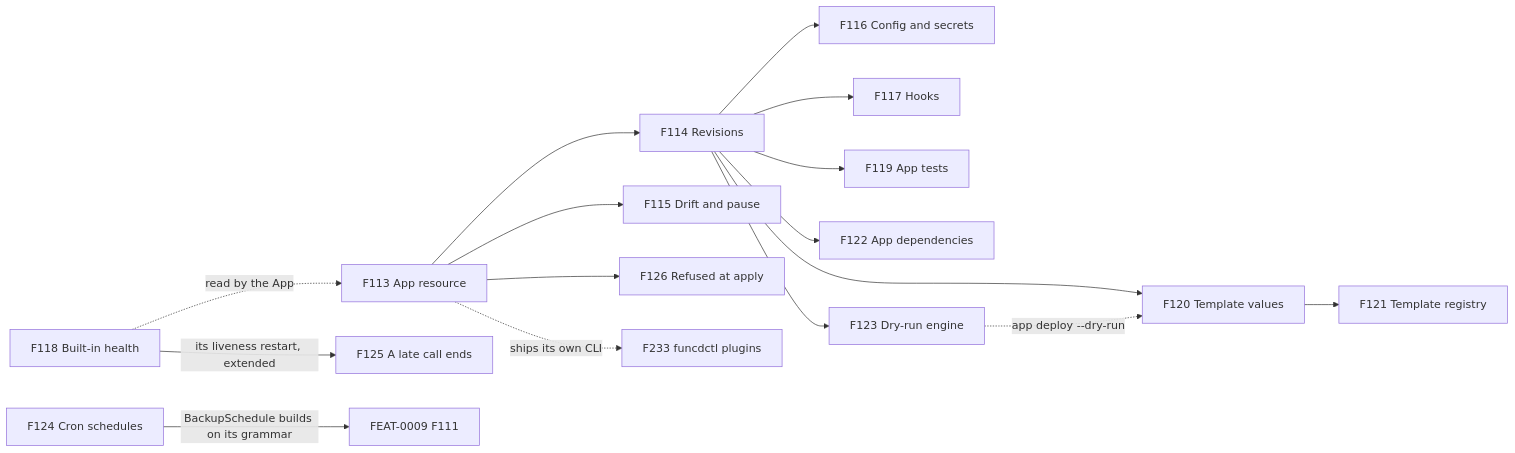
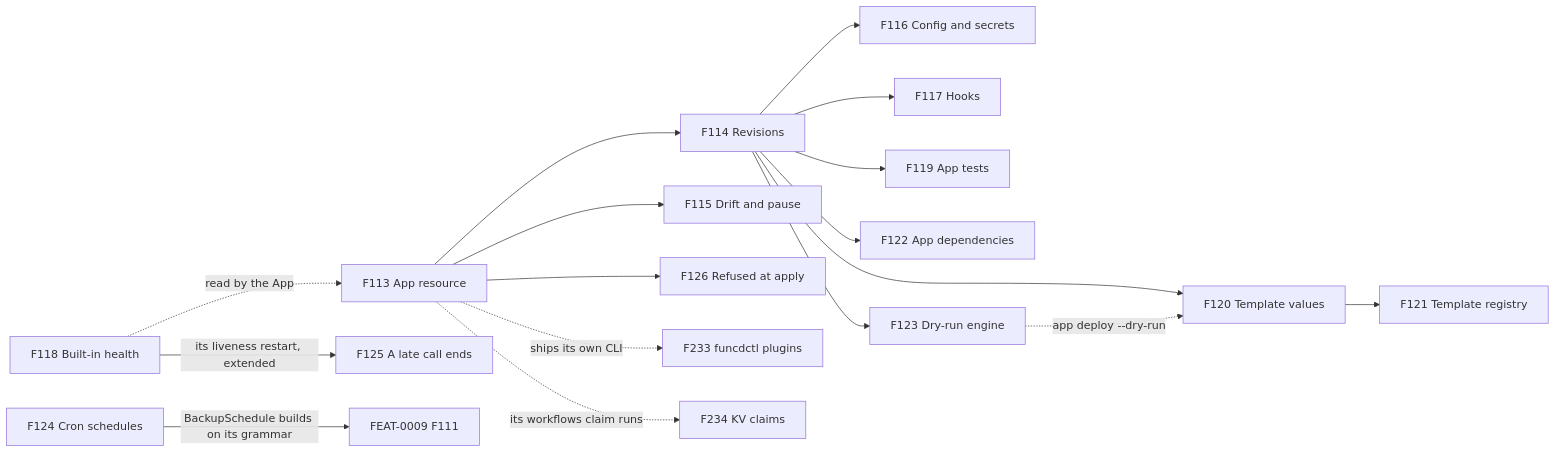
Before and after one commit to pyvvo/funcd: the first of 7 diagrams in docs/feat/0010-feat-apps.md, drawn with Mermaid. The commit also changed other lines of this file and 73 other files, not shown here.

````diff
--- a/docs/feat/0010-feat-apps.md
+++ b/docs/feat/0010-feat-apps.md
@@ -51,18 +51,19 @@
 ```mermaid
 flowchart LR
     F113["F113 App resource"] --> F114["F114 Revisions"]
     F113 --> F115["F115 Drift and pause"]
     F114 --> F116["F116 Config and secrets"]
     F114 --> F117["F117 Hooks"]
     F114 --> F119["F119 App tests"]
     F114 --> F122["F122 App dependencies"]
     F114 --> F120["F120 Template values"]
     F120 --> F121["F121 Template registry"]
     F118["F118 Built-in health"] -.->|"read by the App"| F113
     F114 --> F123["F123 Dry-run engine"]
     F123 -.->|"app deploy --dry-run"| F120
     F124["F124 Cron schedules"] -->|"BackupSchedule builds on its grammar"| F111["FEAT-0009 F111"]
     F118 -->|"its liveness restart, extended"| F125["F125 A late call ends"]
     F113 --> F126["F126 Refused at apply"]
     F113 -.->|"ships its own CLI"| F233["F233 funcdctl plugins"]
+    F113 -.->|"its workflows claim runs"| F234["F234 KV claims"]
 ```
````
